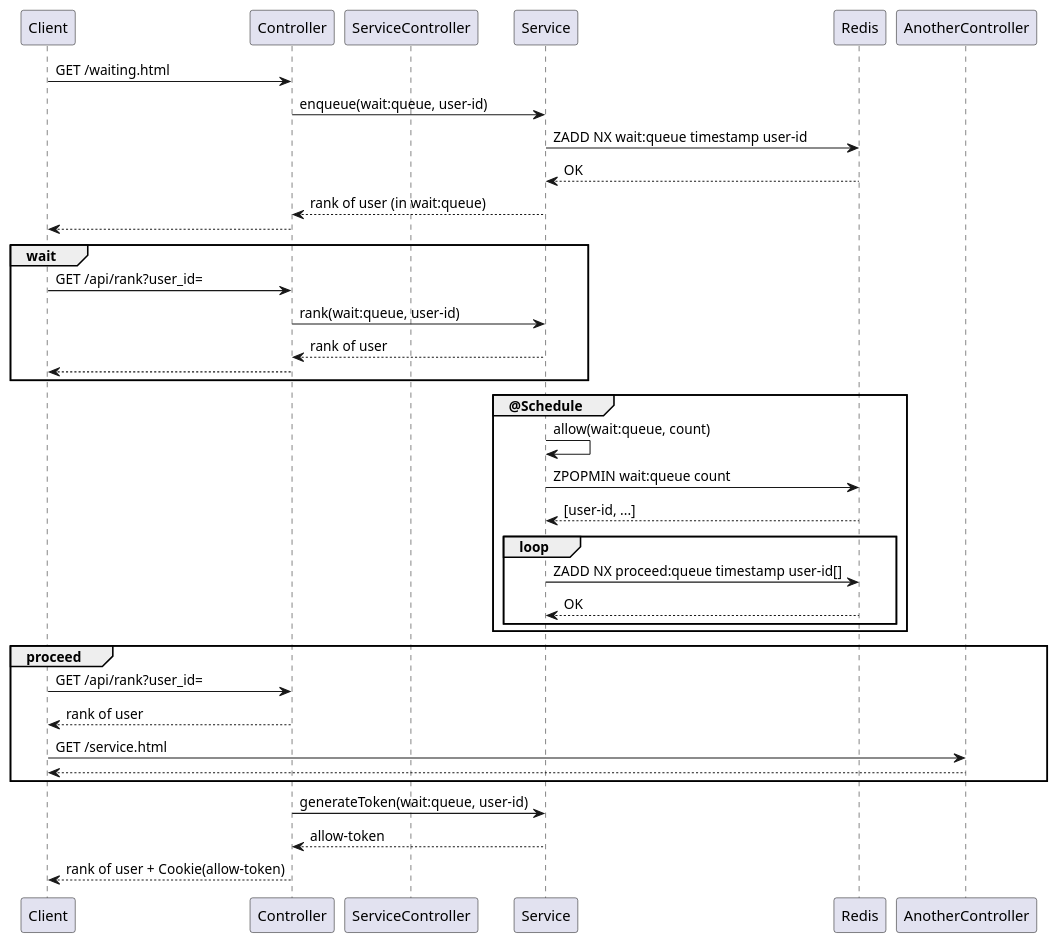
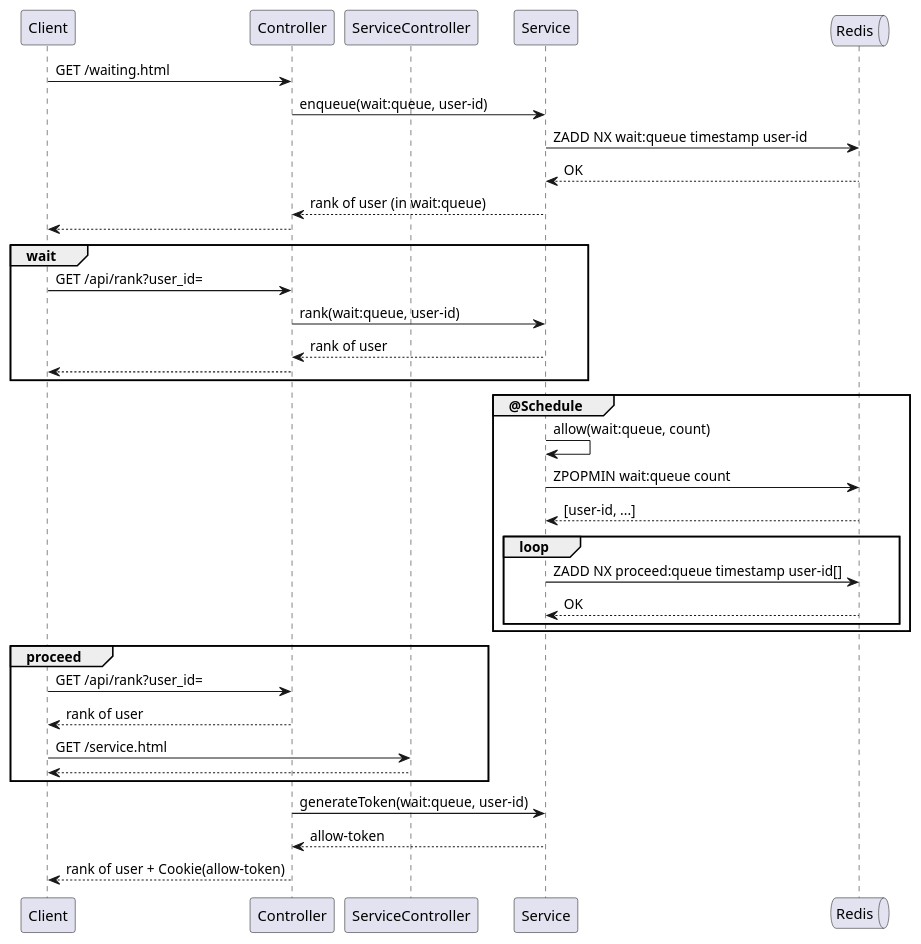
The diagram in _diary/2024-06-08.md (yanghoon/obsidian-workspace), drawn with PlantUML before and after one commit.

Commit message:
vault backup: 2024-06-08 14:36:42

````diff
--- a/_diary/2024-06-08.md
+++ b/_diary/2024-06-08.md
@@ -5,45 +5,45 @@
 ```plantuml
 @startuml
 participant Client
 participant Controller
 participant ServiceController
 participant Service
-participant Redis
+queue Redis
 
 Client -> Controller: GET /waiting.html
 Controller -> Service: enqueue(wait:queue, user-id)
 Service -> Redis: ZADD NX wait:queue timestamp user-id
 Service <-- Redis: OK
 Controller <-- Service: rank of user (in wait:queue)
 Client <-- Controller
 
 group wait
 Client -> Controller: GET /api/rank?user_id=
 Controller -> Service: rank(wait:queue, user-id)
 Controller <-- Service: rank of user
 Client <-- Controller
 end
 
 group @Schedule
   Service -> Service: allow(wait:queue, count)
   Service -> Redis: ZPOPMIN wait:queue count
   Service <-- Redis: [user-id, ...]
   loop
     Service -> Redis: ZADD NX proceed:queue timestamp user-id[]
     Service <-- Redis: OK
   end
 end
 
 group proceed
   Client -> Controller: GET /api/rank?user_id=
   Client <-- Controller: rank of user
-  Client -> AnotherController: GET /service.html
-  Client <-- AnotherController
+  Client -> ServiceController: GET /service.html
+  Client <-- ServiceController
 end
 
 Controller -> Service: generateToken(wait:queue, user-id)
 Controller <-- Service: allow-token
 Client <-- Controller: rank of user + Cookie(allow-token)
 
 @enduml
 ```
````
